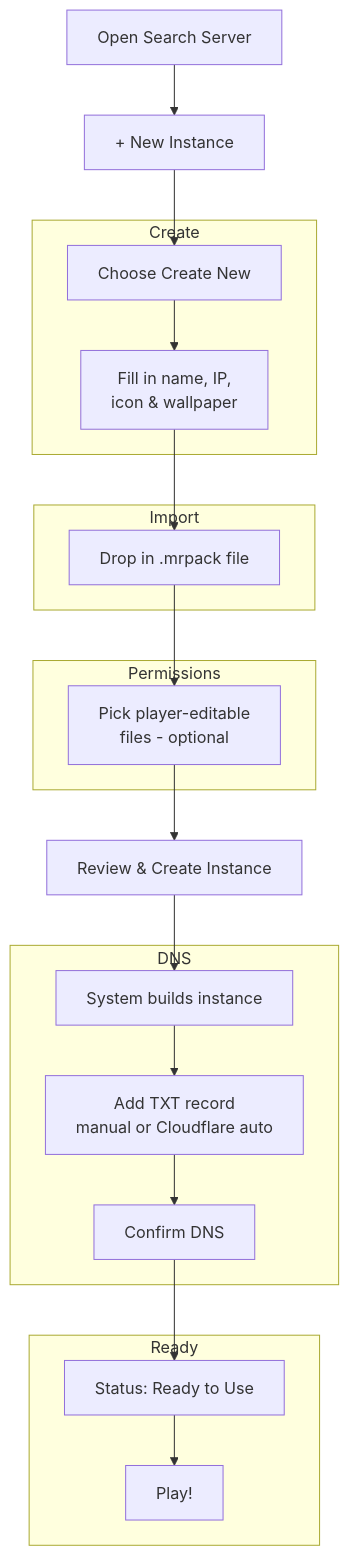
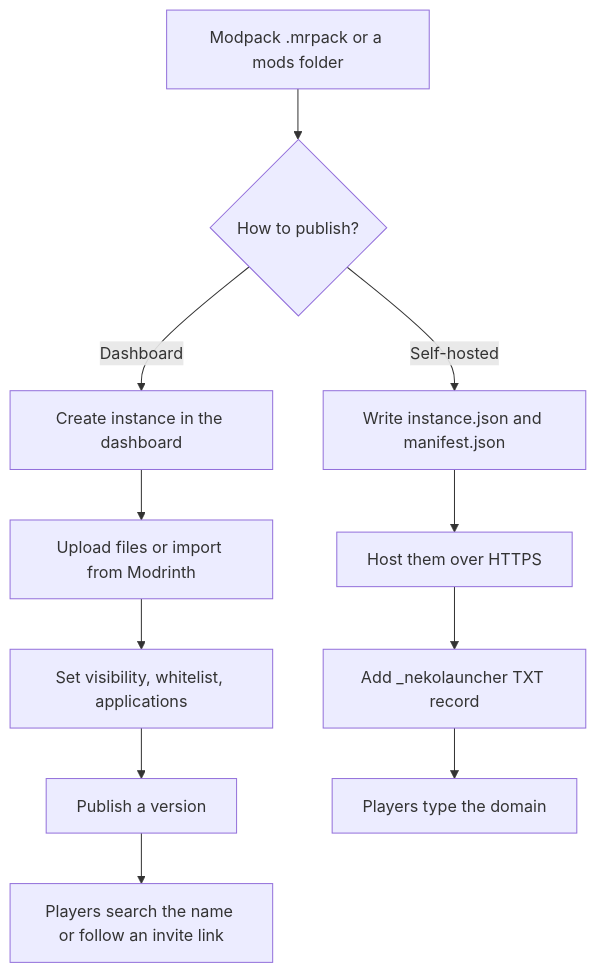
One commit to alice-magic/wiki changed the diagram in en/how-to/make-your-own-instance.md. Above: the diagram before and after it, drawn with Mermaid. The commit also changed other lines of this file and 43 other files, not shown here.

Commit message:
docs: rewrite the wiki for the Neko platform (players, dashboard, technical reference), EN + TH

````diff
--- a/en/how-to/make-your-own-instance.md
+++ b/en/how-to/make-your-own-instance.md
@@ -9,30 +12,13 @@
 ```mermaid
 flowchart TD
-    A[Open Search Server] --> B[+ New Instance]
-    B --> C[Choose Create New]
-
-    subgraph Create
-        C --> D[Fill in name, IP,<br/>icon & wallpaper]
-    end
-
-    subgraph Import
-        D --> E[Drop in .mrpack file]
-    end
-
-    subgraph Permissions
-        E --> F[Pick player-editable<br/>files - optional]
-    end
-
-    F --> G[Review & Create Instance]
-    G --> H[System builds instance]
-
-    subgraph DNS
-        H --> I[Add TXT record<br/>manual or Cloudflare auto]
-        I --> J[Confirm DNS]
-    end
-
-    subgraph Ready
-        J --> K[Status: Ready to Use]
-        K --> L[Play!]
-    end
+    A[Modpack .mrpack or a mods folder] --> B{How to publish?}
+    B -- Dashboard --> C[Create instance in the dashboard]
+    C --> D[Upload files or import from Modrinth]
+    D --> E[Set visibility, whitelist, applications]
+    E --> F[Publish a version]
+    B -- Self-hosted --> G[Write instance.json and manifest.json]
+    G --> H[Host them over HTTPS]
+    H --> I[Add _nekolauncher TXT record]
+    F --> J[Players search the name or follow an invite link]
+    I --> K[Players type the domain]
 ```
````
